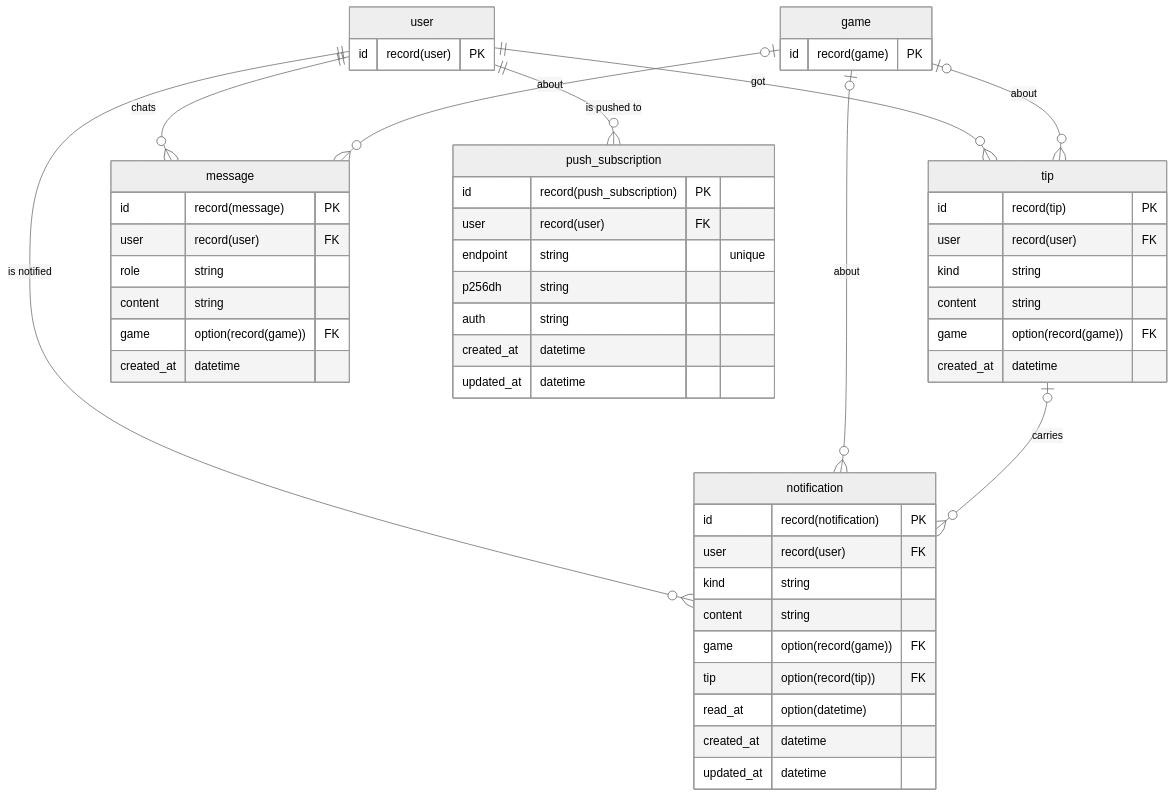
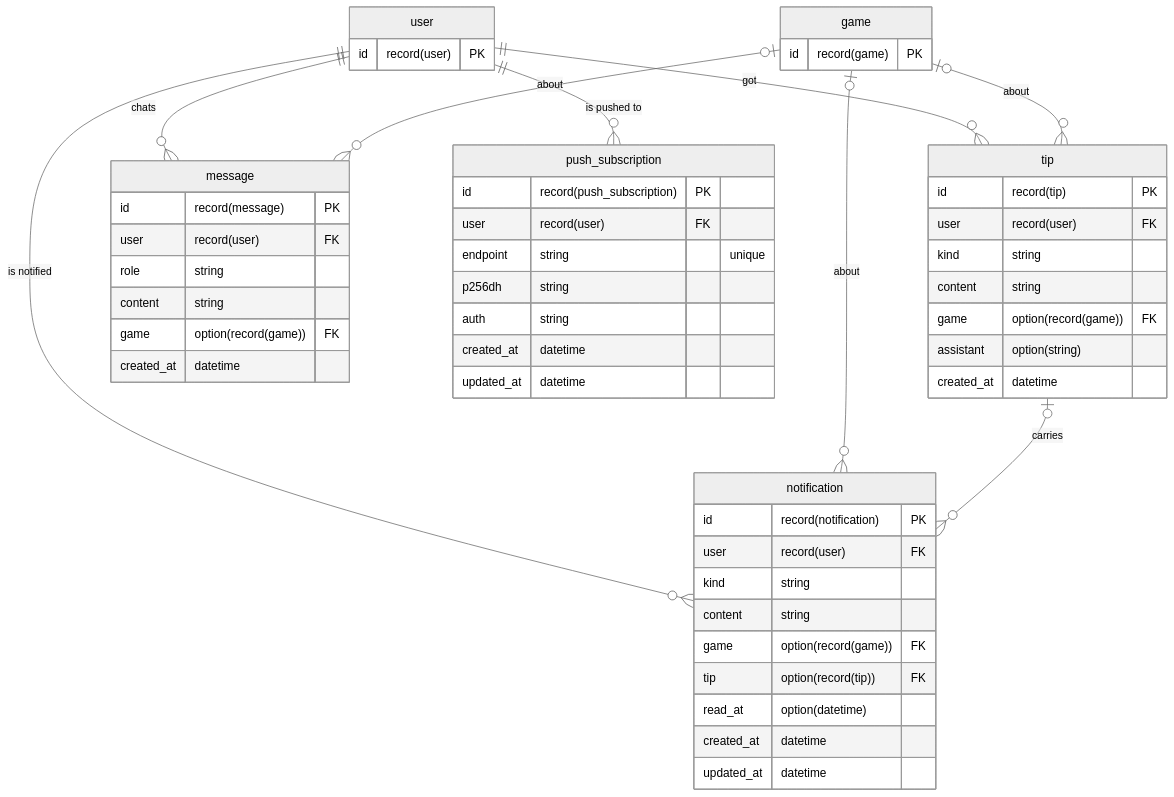
The third of 5 diagrams in docs/design/04-database.md (renatoaug/platjourney), drawn with Mermaid (neutral theme) before and after one commit. The commit also changed other lines of this file and 34 other files, not shown here.

````diff
--- a/docs/design/04-database.md
+++ b/docs/design/04-database.md
@@ -172,53 +173,54 @@
 ```mermaid
 erDiagram
     user ||--o{ tip : "got"
     game |o--o{ tip : "about"
     user ||--o{ message : "chats"
     game |o--o{ message : "about"
     user ||--o{ notification : "is notified"
     game |o--o{ notification : "about"
     tip |o--o{ notification : "carries"
     user ||--o{ push_subscription : "is pushed to"
     tip {
         id record(tip) PK
         user record(user) FK
         kind string
         content string
         game option(record(game)) FK
+        assistant option(string)
         created_at datetime
     }
     message {
         id record(message) PK
         user record(user) FK
         role string
         content string
         game option(record(game)) FK
         created_at datetime
     }
     notification {
         id record(notification) PK
         user record(user) FK
         kind string
         content string
         game option(record(game)) FK
         tip option(record(tip)) FK
         read_at option(datetime)
         created_at datetime
         updated_at datetime
     }
     push_subscription {
         id record(push_subscription) PK
         user record(user) FK
         endpoint string "unique"
         p256dh string
         auth string
         created_at datetime
         updated_at datetime
     }
     user {
         id record(user) PK
     }
     game {
         id record(game) PK
     }
 ```
````
